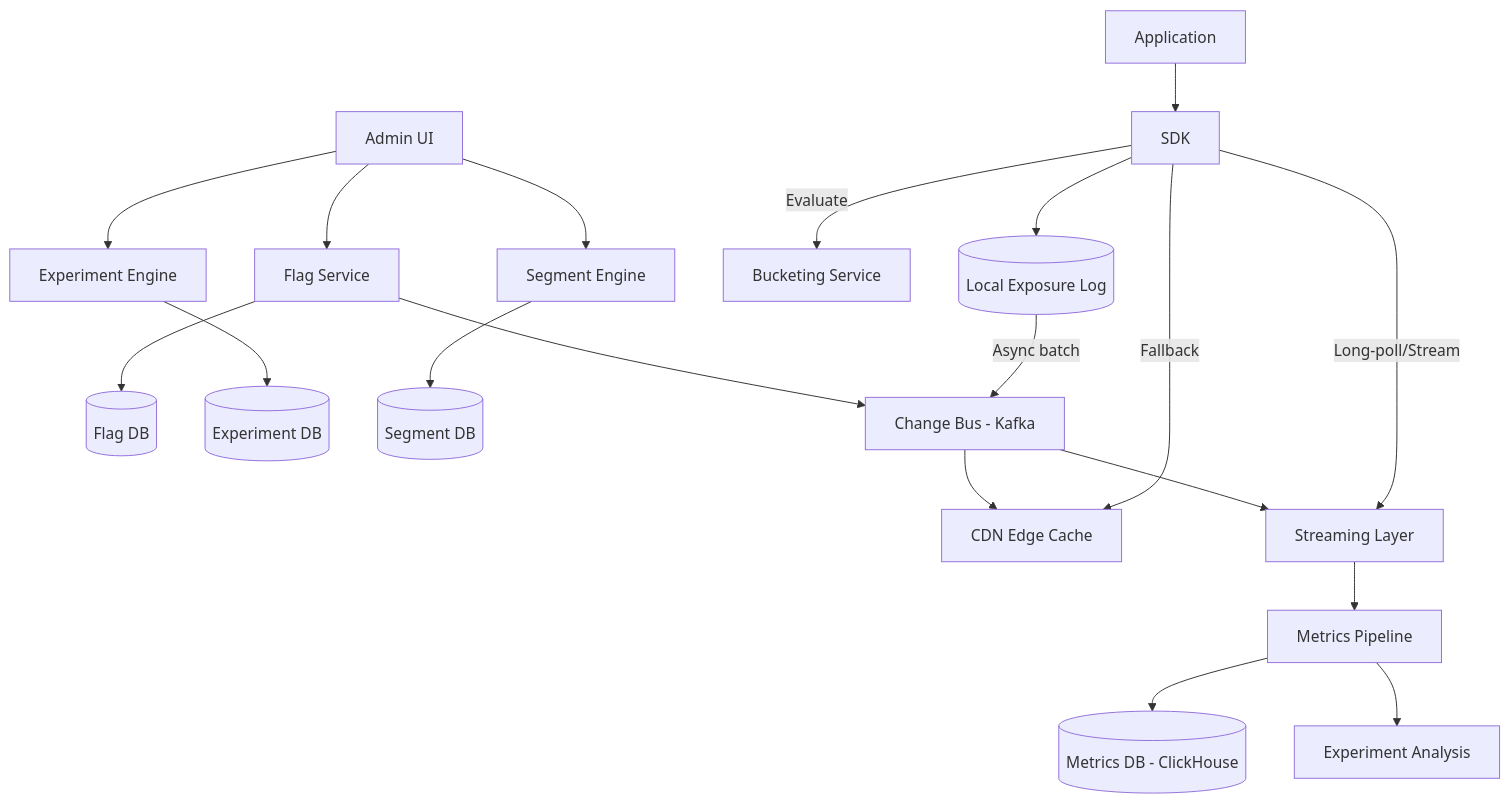
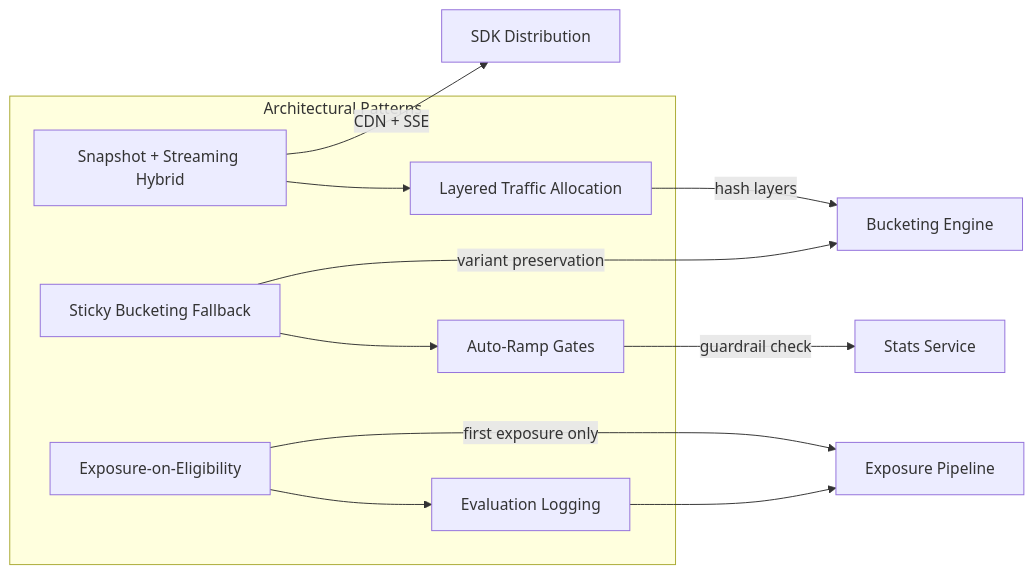
One commit to abhishekghoshh/system-design-helper changed the fifth of 20 diagrams in docs/system-design/high-level/designing/advanced/feature-flag-experimentation-platform.md. Above: the diagram before and after it, drawn with Mermaid. The commit also changed other lines of this file and 107 other files, not shown here.

````diff
--- a/docs/system-design/high-level/designing/advanced/feature-flag-experimentation-platform.md
+++ b/docs/system-design/high-level/designing/advanced/feature-flag-experimentation-platform.md
@@ -286,21 +266,14 @@
 ```mermaid
-graph TD
-  Admin[Admin UI] --> FlagSvc[Flag Service]
-  Admin --> ExpEngine[Experiment Engine]
-  Admin --> SegEngine[Segment Engine]
-  FlagSvc --> FlagDB[(Flag DB)]
-  ExpEngine --> ExpDB[(Experiment DB)]
-  SegEngine --> SegDB[(Segment DB)]
-  FlagSvc --> Bus[Change Bus - Kafka]
-  Bus --> CDN[CDN Edge Cache]
-  Bus --> Stream[Streaming Layer]
-  App[Application] --> SDK[SDK]
-  SDK -->|Long-poll/Stream| Stream
-  SDK -->|Fallback| CDN
-  SDK -->|Evaluate| Bucketing[Bucketing Service]
-  SDK --> ExpLog[(Local Exposure Log)]
-  ExpLog -->|Async batch| Bus
-  Stream --> MetricsPipe[Metrics Pipeline]
-  MetricsPipe --> MetricsDB[(Metrics DB - ClickHouse)]
-  MetricsPipe --> ExpAnalysis[Experiment Analysis]
+graph LR
+    subgraph Patterns[Architectural Patterns]
+        A[Snapshot + Streaming Hybrid] --> B[Layered Traffic Allocation]
+        C[Sticky Bucketing Fallback] --> D[Auto-Ramp Gates]
+        E[Exposure-on-Eligibility] --> F[Evaluation Logging]
+    end
+    A -->|CDN + SSE| SDK[SDK Distribution]
+    B -->|hash layers| Bucket[Bucketing Engine]
+    C -->|variant preservation| Bucket
+    D -->|guardrail check| Stats[Stats Service]
+    E -->|first exposure only| Expo[Exposure Pipeline]
+    F --> Expo
 ```
````
